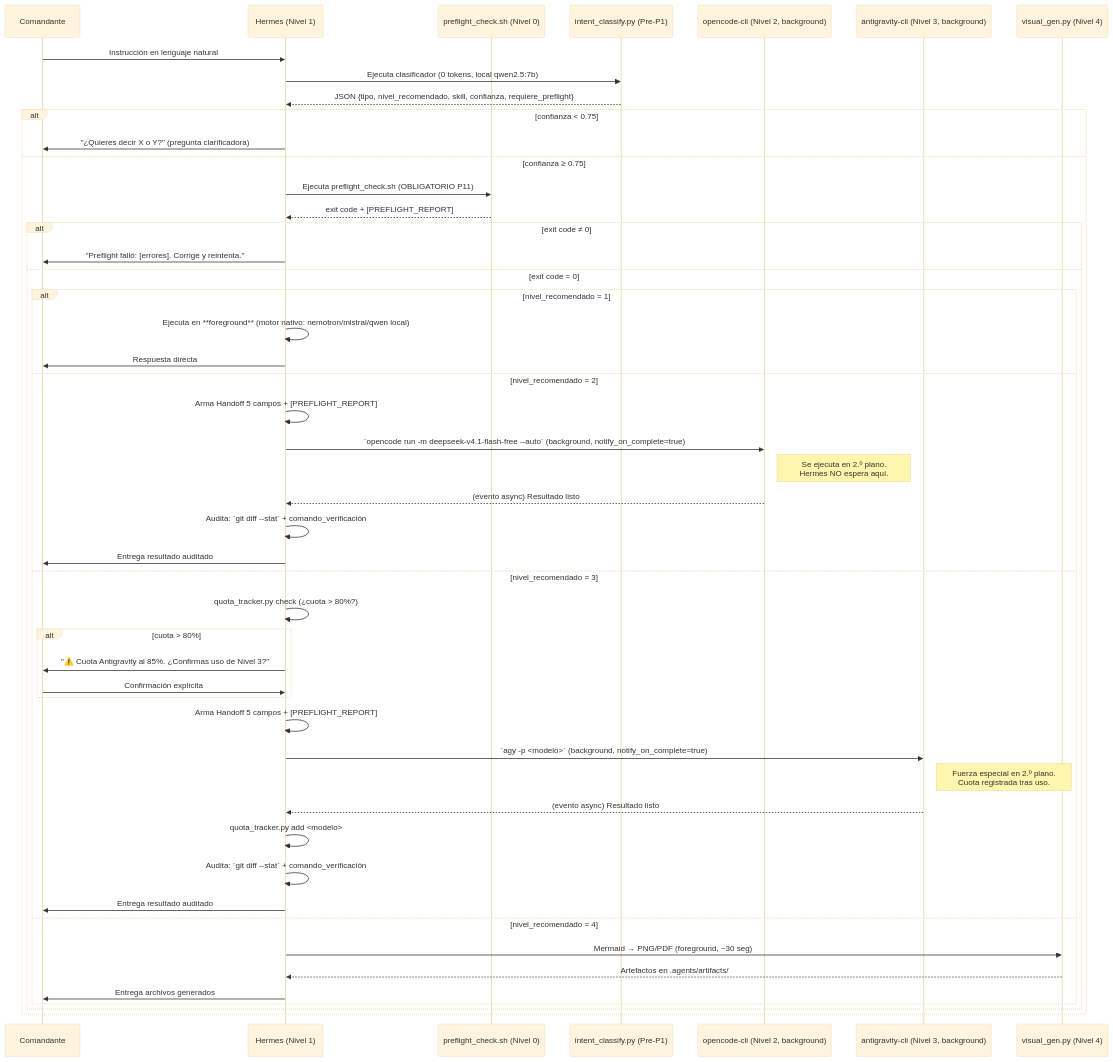
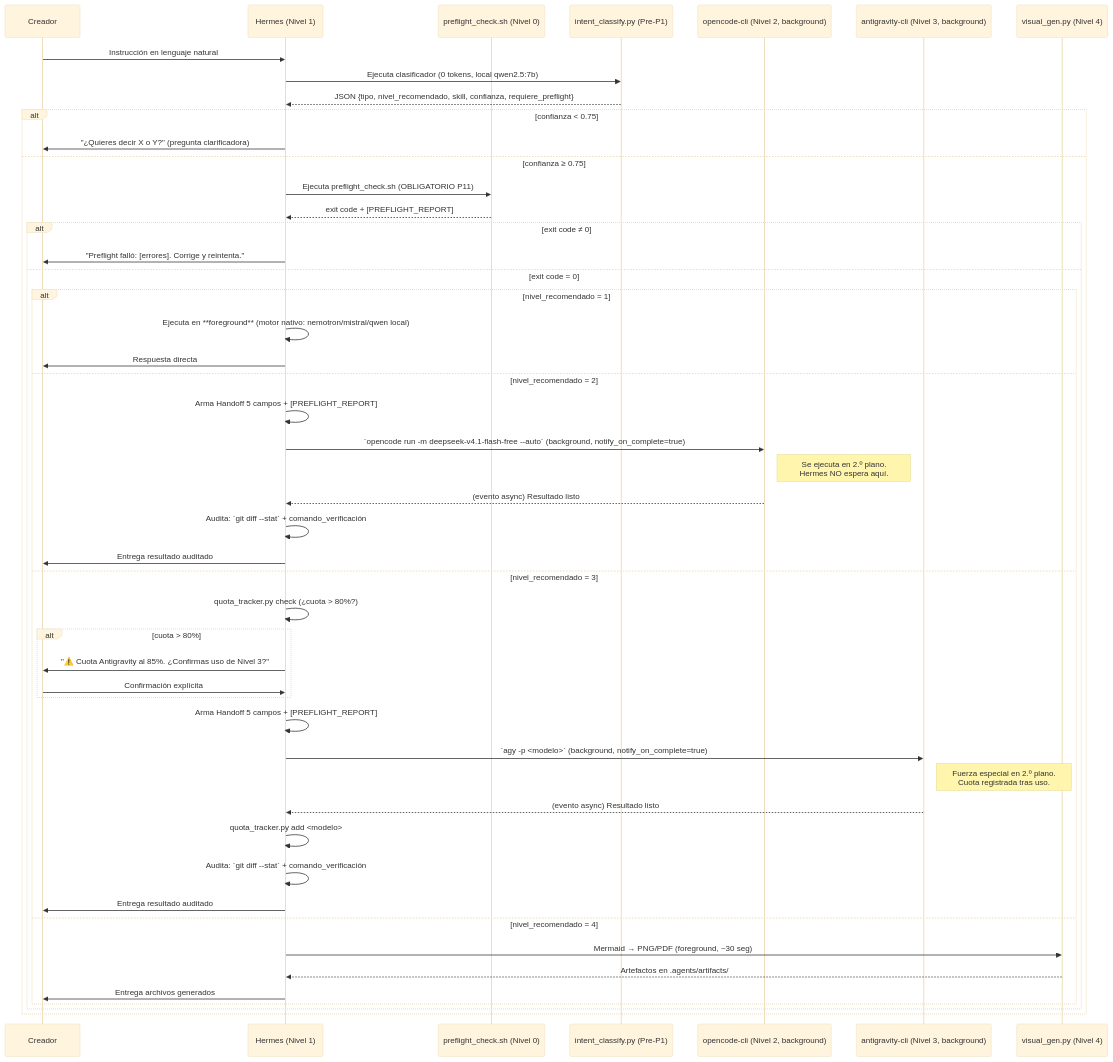
Before and after one commit to c-ghost-project/c-ghost-brain: the diagram in adapters/hermes/skills/c-ghost-seed/docs/MANUAL_EJECUCION_INSTRUCCIONES_v2.1.md, drawn with Mermaid (base theme). The commit also changed other lines of this file and 10 other files, not shown here.

Commit message:
docs(terminology): standardize "El Creador" across manuals, Mermaid diagrams & re-render flujo_cghost_v21 PNG/PDF

````diff
--- a/adapters/hermes/skills/c-ghost-seed/docs/MANUAL_EJECUCION_INSTRUCCIONES_v2.1.md
+++ b/adapters/hermes/skills/c-ghost-seed/docs/MANUAL_EJECUCION_INSTRUCCIONES_v2.1.md
@@ -26,54 +26,54 @@
 ```mermaid
 sequenceDiagram
-    participant U as Comandante
+    participant U as Creador
     participant H as Hermes (Nivel 1)
     participant PF as preflight_check.sh (Nivel 0)
     participant IC as intent_classify.py (Pre-P1)
     participant OC as opencode-cli (Nivel 2, background)
     participant AG as antigravity-cli (Nivel 3, background)
     participant VG as visual_gen.py (Nivel 4)
 
     U->>H: Instrucción en lenguaje natural
     H->>IC: Ejecuta clasificador (0 tokens, local qwen2.5:7b)
     IC-->>H: JSON {tipo, nivel_recomendado, skill, confianza, requiere_preflight}
     
     alt confianza < 0.75
         H->>U: "¿Quieres decir X o Y?" (pregunta clarificadora)
     else confianza ≥ 0.75
         H->>PF: Ejecuta preflight_check.sh (OBLIGATORIO P11)
         PF-->>H: exit code + [PREFLIGHT_REPORT]
         
         alt exit code ≠ 0
             H->>U: "Preflight falló: [errores]. Corrige y reintenta."
         else exit code = 0
             alt nivel_recomendado = 1
                 H->>H: Ejecuta en **foreground** (motor nativo: nemotron/mistral/qwen local)
                 H->>U: Respuesta directa
             else nivel_recomendado = 2
                 H->>H: Arma Handoff 5 campos + [PREFLIGHT_REPORT]
                 H->>OC: `opencode run -m deepseek-v4.1-flash-free --auto` (background, notify_on_complete=true)
                 Note right of OC: Se ejecuta en 2.º plano.<br/>Hermes NO espera aquí.
                 OC-->>H: (evento async) Resultado listo
                 H->>H: Audita: `git diff --stat` + comando_verificación
                 H->>U: Entrega resultado auditado
             else nivel_recomendado = 3
                 H->>H: quota_tracker.py check (¿cuota > 80%?)
                 alt cuota > 80%
                     H->>U: "⚠️ Cuota Antigravity al 85%. ¿Confirmas uso de Nivel 3?"
                     U->>H: Confirmación explícita
                 end
                 H->>H: Arma Handoff 5 campos + [PREFLIGHT_REPORT]
                 H->>AG: `agy -p <modelo>` (background, notify_on_complete=true)
                 Note right of AG: Fuerza especial en 2.º plano.<br/>Cuota registrada tras uso.
                 AG-->>H: (evento async) Resultado listo
                 H->>H: quota_tracker.py add <modelo>
                 H->>H: Audita: `git diff --stat` + comando_verificación
                 H->>U: Entrega resultado auditado
             else nivel_recomendado = 4
                 H->>VG: Mermaid → PNG/PDF (foreground, ~30 seg)
                 VG-->>H: Artefactos en .agents/artifacts/
                 H->>U: Entrega archivos generados
             end
         end
     end
 ```
````
